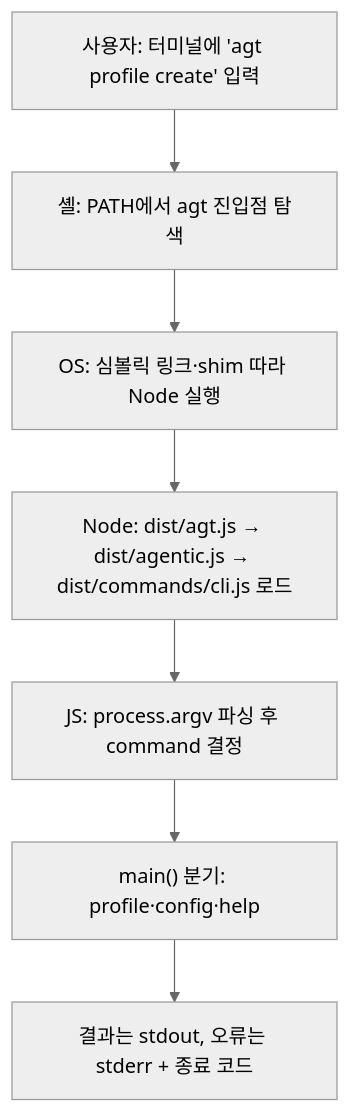
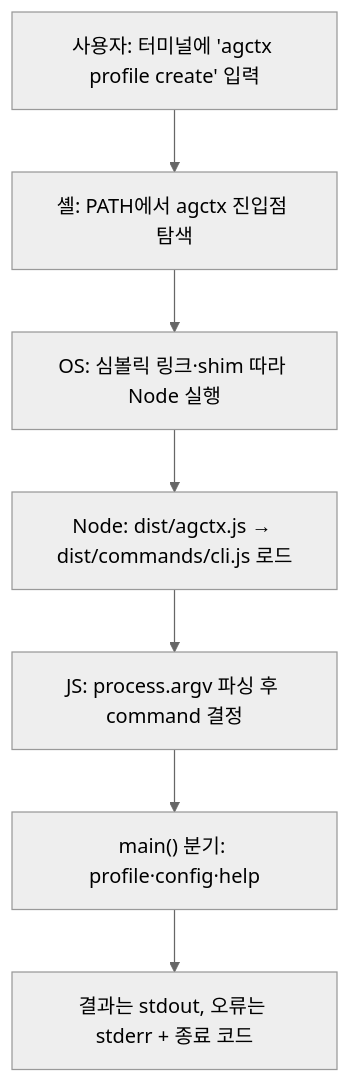
One commit to IsthisLee/agent-context-manager changed the third of 6 diagrams in docs/implementation-principles.md. Above: the diagram before and after it, drawn with Mermaid (neutral theme). The commit also changed other lines of this file and 73 other files, not shown here.

````diff
--- a/docs/implementation-principles.md
+++ b/docs/implementation-principles.md
@@ -175,9 +172,9 @@
 ```mermaid
 flowchart TD
-  A["사용자: 터미널에 'agt profile create' 입력"] --> B["셸: PATH에서 agt 진입점 탐색"]
+  A["사용자: 터미널에 'agctx profile create' 입력"] --> B["셸: PATH에서 agctx 진입점 탐색"]
   B --> C["OS: 심볼릭 링크·shim 따라 Node 실행"]
-  C --> D["Node: dist/agt.js → dist/agentic.js → dist/commands/cli.js 로드"]
+  C --> D["Node: dist/agctx.js → dist/commands/cli.js 로드"]
   D --> E["JS: process.argv 파싱 후 command 결정"]
   E --> F["main() 분기: profile·config·help"]
   F --> G["결과는 stdout, 오류는 stderr + 종료 코드"]
 ```
````
